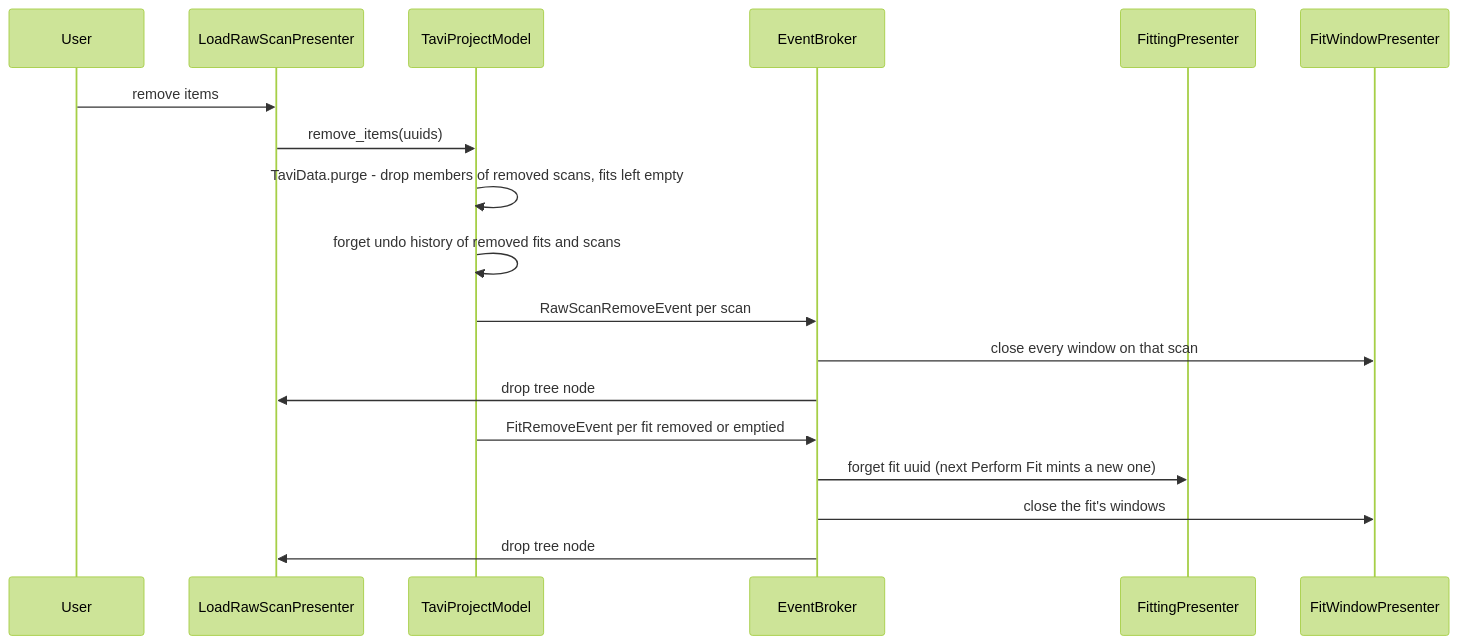
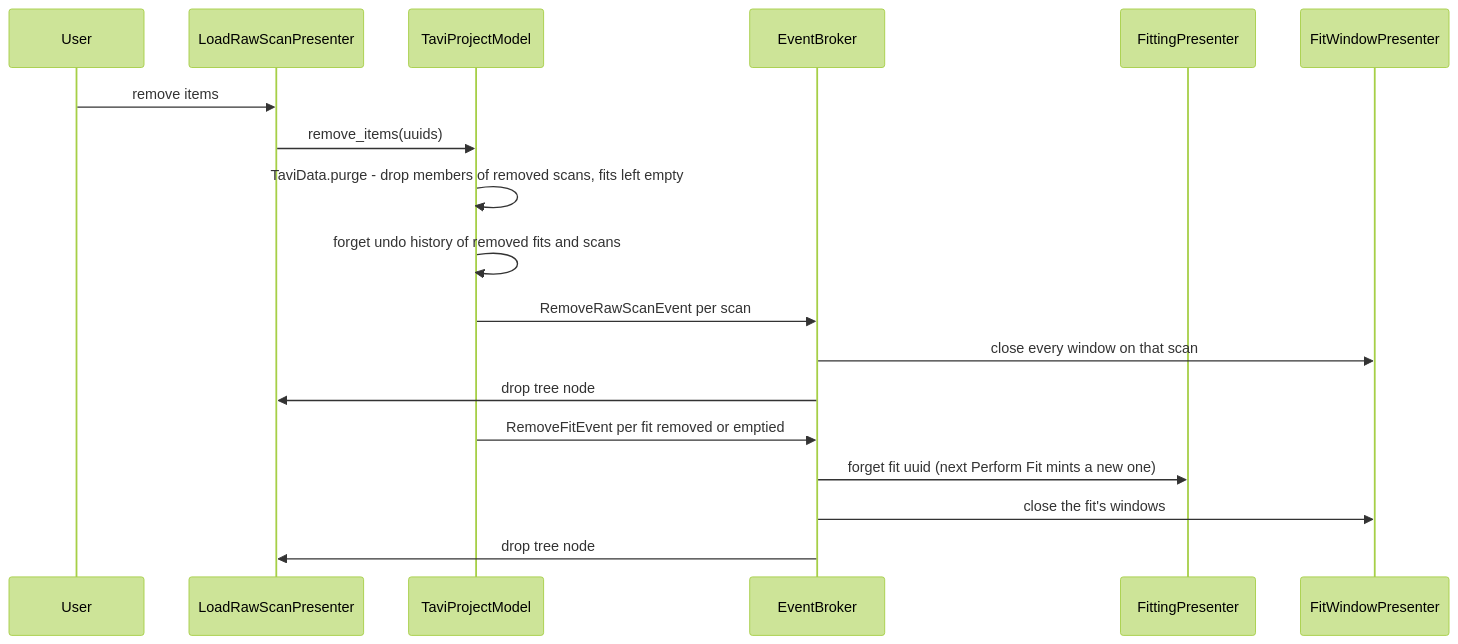
One commit to neutrons/TAVI changed the seventh of 7 diagrams in docs/source/design/frontend/fit_data_model.rst. Above: the diagram before and after it, drawn with Mermaid (forest theme). The commit also changed other lines of this file and 43 other files, not shown here.

```diff
--- a/docs/source/design/frontend/fit_data_model.rst
+++ b/docs/source/design/frontend/fit_data_model.rst
@@ -466,21 +522,21 @@
 .. mermaid::
 
     sequenceDiagram
         participant User
         participant LoadRawScanPresenter
         participant TaviProjectModel
         participant EventBroker
         participant FittingPresenter
         participant FitWindowPresenter
 
         User ->> LoadRawScanPresenter: remove items
         LoadRawScanPresenter ->> TaviProjectModel: remove_items(uuids)
         TaviProjectModel ->> TaviProjectModel: TaviData.purge - drop members of removed scans, fits left empty
         TaviProjectModel ->> TaviProjectModel: forget undo history of removed fits and scans
-        TaviProjectModel ->> EventBroker: RawScanRemoveEvent per scan
+        TaviProjectModel ->> EventBroker: RemoveRawScanEvent per scan
         EventBroker ->> FitWindowPresenter: close every window on that scan
         EventBroker ->> LoadRawScanPresenter: drop tree node
-        TaviProjectModel ->> EventBroker: FitRemoveEvent per fit removed or emptied
+        TaviProjectModel ->> EventBroker: RemoveFitEvent per fit removed or emptied
         EventBroker ->> FittingPresenter: forget fit uuid (next Perform Fit mints a new one)
         EventBroker ->> FitWindowPresenter: close the fit's windows
         EventBroker ->> LoadRawScanPresenter: drop tree node
```
